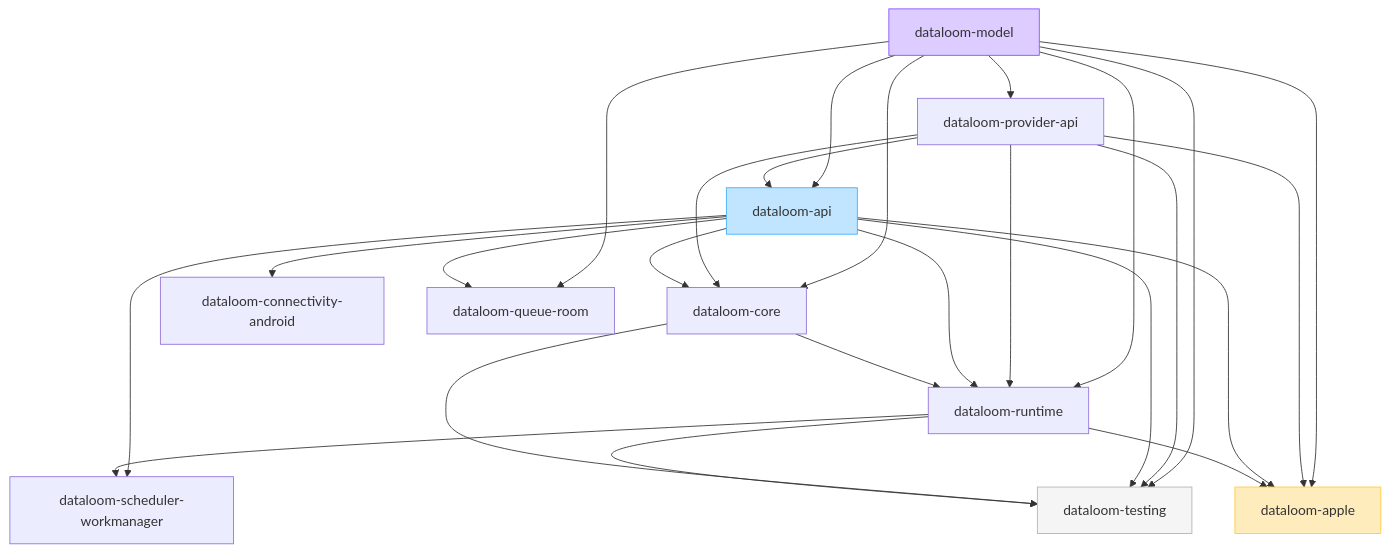
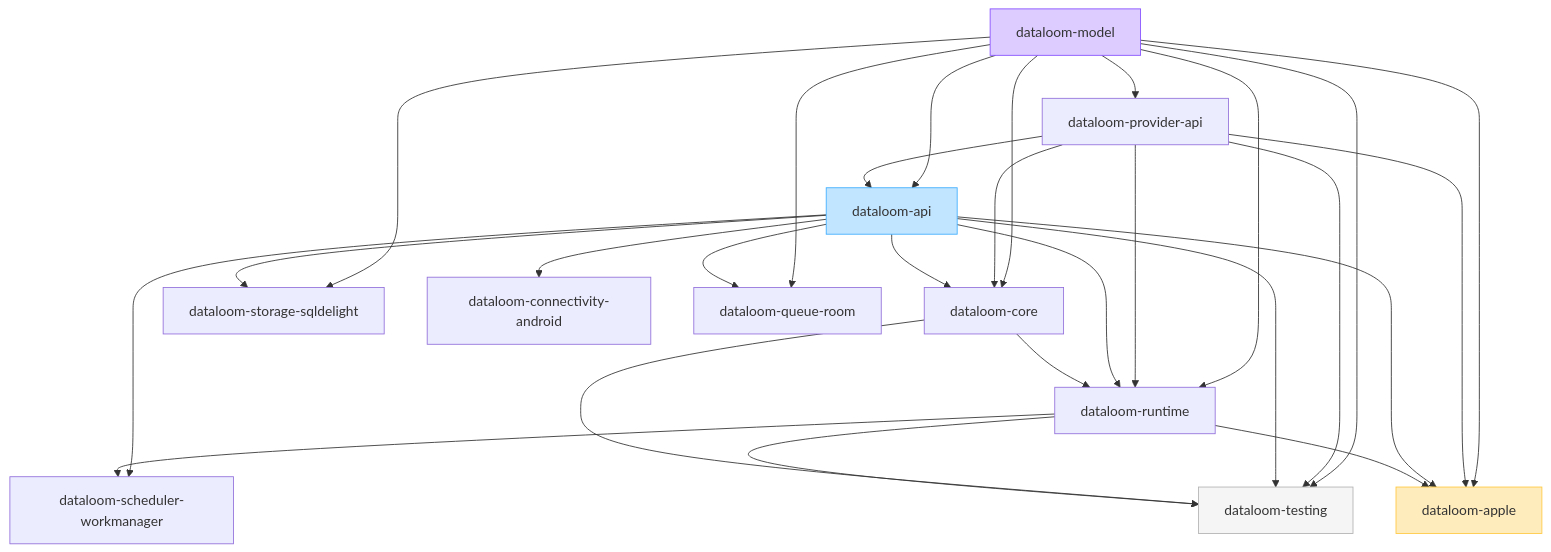
The diagram in docs/architecture/modules.md (dataloom-sdk/dataloom), drawn with Mermaid before and after one commit. The commit also changed other lines of this file and 19 other files, not shown here.

Commit message:
Add SQLDelight storage provider module skeleton and docs

````diff
--- a/docs/architecture/modules.md
+++ b/docs/architecture/modules.md
@@ -28,43 +28,46 @@
 ```mermaid
 flowchart TD
     model[dataloom-model]
     providerApi[dataloom-provider-api]
     api[dataloom-api]
     core[dataloom-core]
     runtime[dataloom-runtime]
+    sqldelight[dataloom-storage-sqldelight]
     testing[dataloom-testing]
     connectivity[dataloom-connectivity-android]
     room[dataloom-queue-room]
     work[dataloom-scheduler-workmanager]
     apple[dataloom-apple]
 
     model --> providerApi
     model --> api
     providerApi --> api
     model --> core
     providerApi --> core
     api --> core
     model --> runtime
     providerApi --> runtime
     api --> runtime
     core --> runtime
     model --> testing
     providerApi --> testing
     api --> testing
     core --> testing
     runtime --> testing
     api --> connectivity
     model --> room
     api --> room
+    model --> sqldelight
+    api --> sqldelight
     api --> work
     runtime --> work
     model --> apple
     providerApi --> apple
     api --> apple
     runtime --> apple
 
     style model fill:#DCCCFF,stroke:#874FFF
     style api fill:#C2E5FF,stroke:#3DADFF
     style testing fill:#F5F5F5,stroke:#B3B3B3
     style apple fill:#FFECBD,stroke:#FFC943
 ```
````
